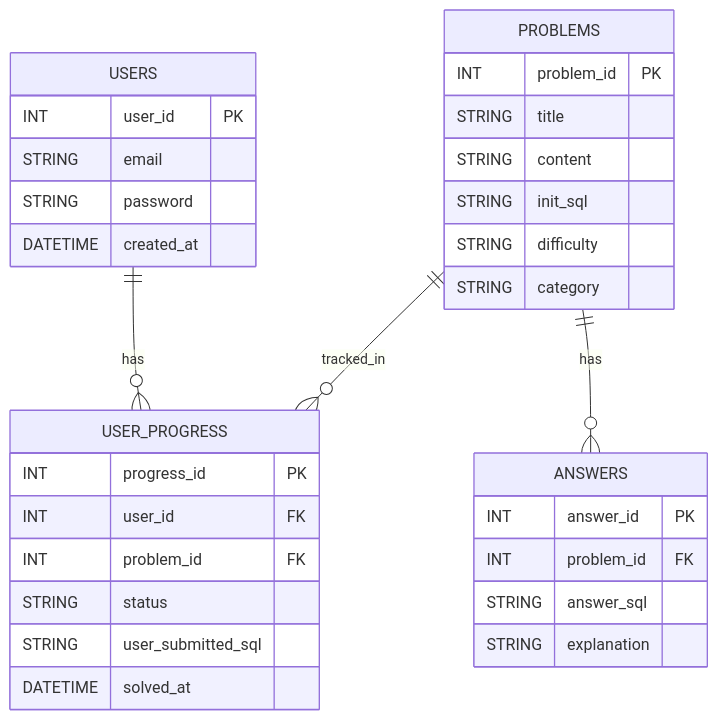
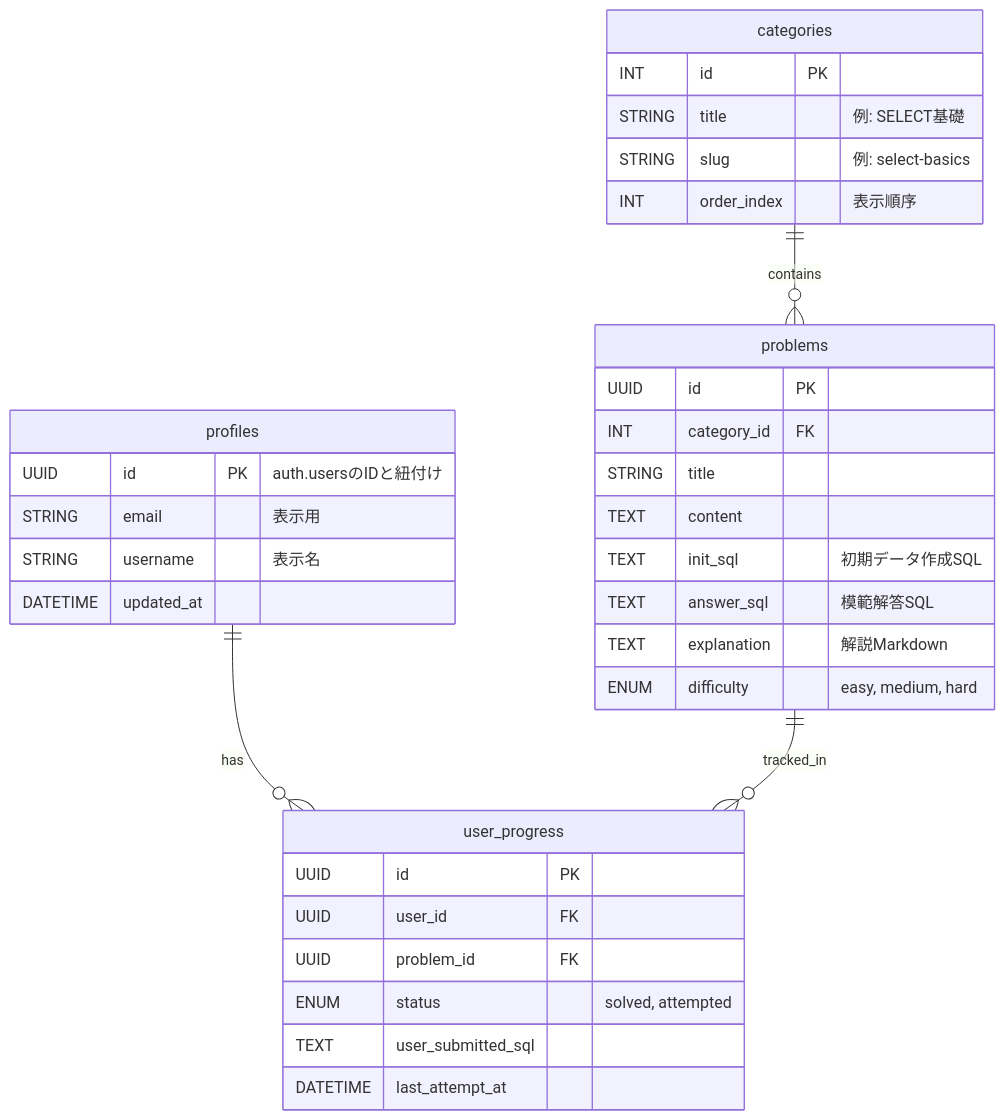
Before and after one commit to ipon1207/Notebook: the diagram in Notes/SQL/スキーマ設計.md, drawn with Mermaid. The commit also changed other lines of this file, not shown here.

Commit message:
vault backup: 2025-12-23 11:21:36

````diff
--- a/Notes/SQL/スキーマ設計.md
+++ b/Notes/SQL/スキーマ設計.md
@@ -37,38 +38,40 @@
 ```mermaid
 erDiagram
-    USERS {
-        INT user_id PK
-        STRING email
-        STRING password
-        DATETIME created_at
+    profiles {
+        UUID id PK "auth.usersのIDと紐付け"
+        STRING email "表示用"
+        STRING username "表示名"
+        DATETIME updated_at
     }
 
-    PROBLEMS {
-        INT problem_id PK
-        STRING title
-        STRING content
-        STRING init_sql
-        STRING difficulty
-        STRING category
+    categories {
+        INT id PK
+        STRING title "例: SELECT基礎"
+        STRING slug "例: select-basics"
+        INT order_index "表示順序"
     }
 
-    ANSWERS {
-        INT answer_id PK
-        INT problem_id FK
-        STRING answer_sql
-        STRING explanation
+    problems {
+        UUID id PK
+        INT category_id FK
+        STRING title
+        TEXT content
+        TEXT init_sql "初期データ作成SQL"
+        TEXT answer_sql "模範解答SQL"
+        TEXT explanation "解説Markdown"
+        ENUM difficulty "easy, medium, hard"
     }
 
-    USER_PROGRESS {
-        INT progress_id PK
-        INT user_id FK
-        INT problem_id FK
-        STRING status
-        STRING user_submitted_sql
-        DATETIME solved_at
+    user_progress {
+        UUID id PK
+        UUID user_id FK
+        UUID problem_id FK
+        ENUM status "solved, attempted"
+        TEXT user_submitted_sql
+        DATETIME last_attempt_at
     }
 
-    USERS ||--o{ USER_PROGRESS : has
-    PROBLEMS ||--o{ USER_PROGRESS : tracked_in
-    PROBLEMS ||--o{ ANSWERS : has
+    profiles ||--o{ user_progress : has
+    categories ||--o{ problems : contains
+    problems ||--o{ user_progress : tracked_in
 ```
````
